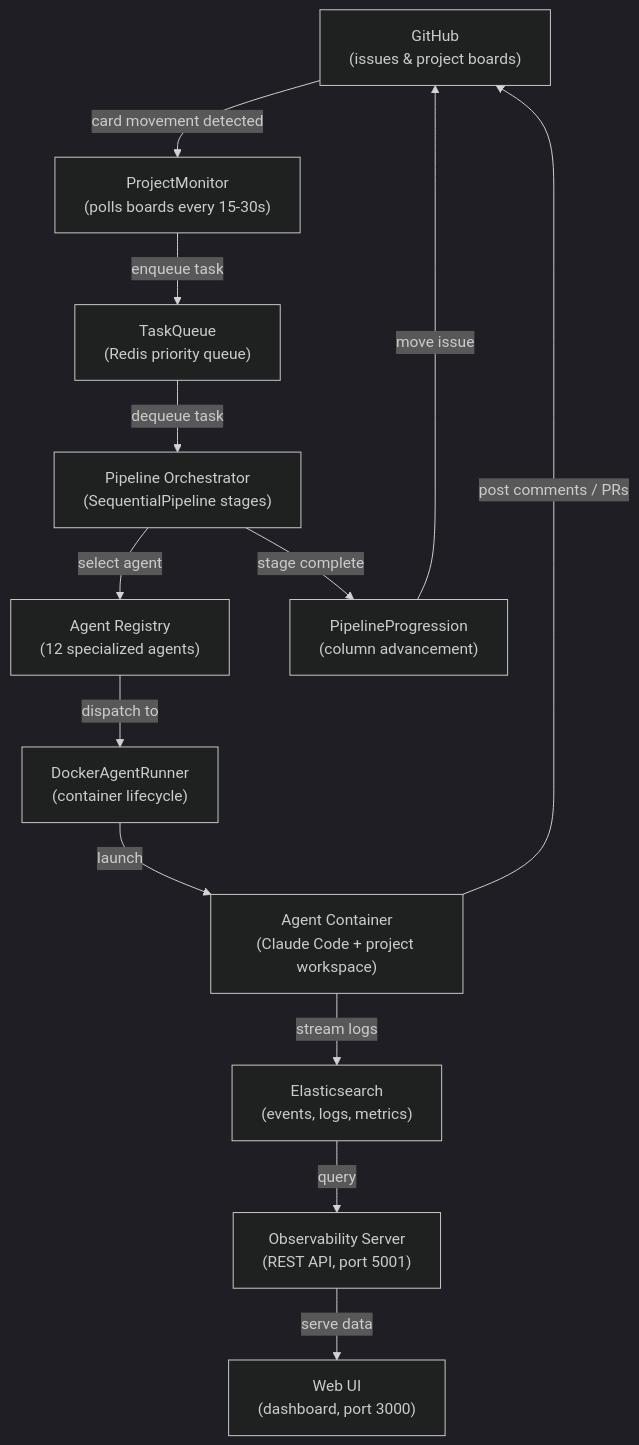
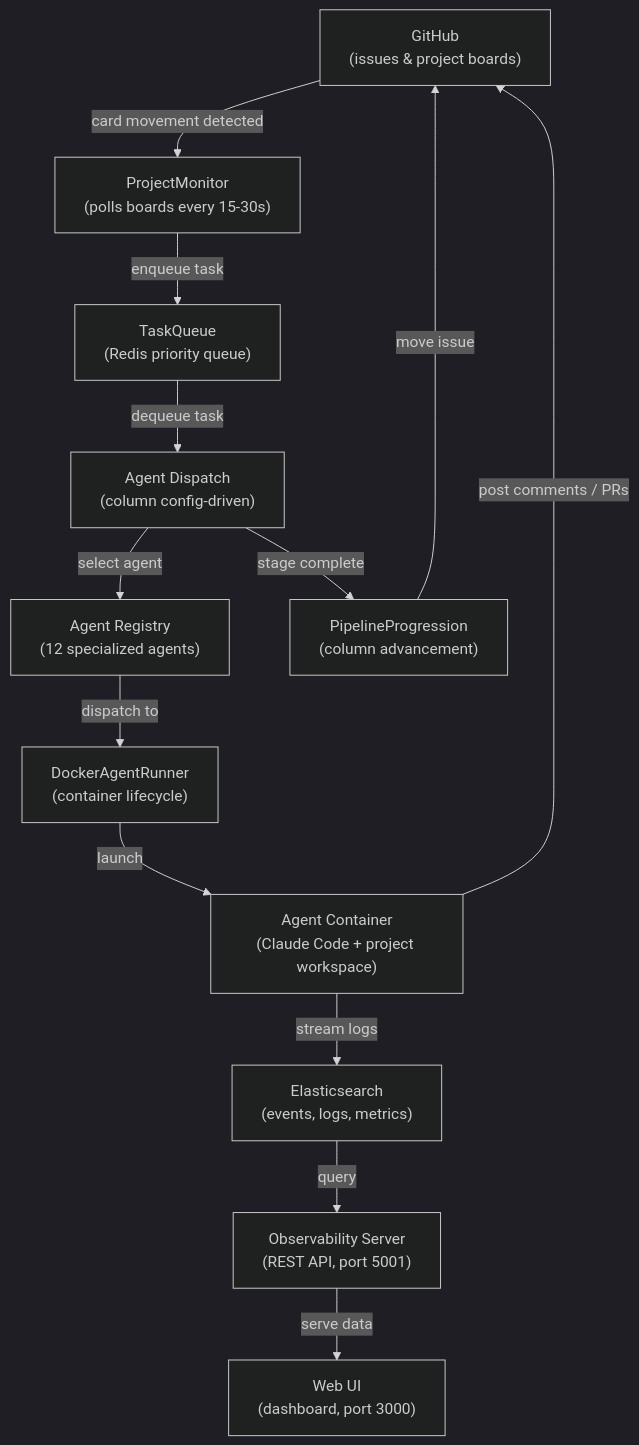
The diagram in README.md (tinkermonkey/switchyard), drawn with Mermaid (dark theme) before and after one commit. The commit also changed other lines of this file and 45 other files, not shown here.

````diff
--- a/README.md
+++ b/README.md
@@ -16,27 +16,27 @@
 ```mermaid
 flowchart TD
     GH["GitHub<br>(issues & project boards)"]
     PM["ProjectMonitor<br>(polls boards every 15-30s)"]
     TQ["TaskQueue<br>(Redis priority queue)"]
-    PO["Pipeline Orchestrator<br>(SequentialPipeline stages)"]
+    PO["Agent Dispatch<br>(column config-driven)"]
     AR["Agent Registry<br>(12 specialized agents)"]
     DR["DockerAgentRunner<br>(container lifecycle)"]
     AC["Agent Container<br>(Claude Code + project workspace)"]
     PP["PipelineProgression<br>(column advancement)"]
     ES["Elasticsearch<br>(events, logs, metrics)"]
     OB["Observability Server<br>(REST API, port 5001)"]
     UI["Web UI<br>(dashboard, port 3000)"]
 
     GH -->|"card movement detected"| PM
     PM -->|"enqueue task"| TQ
     TQ -->|"dequeue task"| PO
     PO -->|"select agent"| AR
     AR -->|"dispatch to"| DR
     DR -->|"launch"| AC
     AC -->|"post comments / PRs"| GH
     AC -->|"stream logs"| ES
     PO -->|"stage complete"| PP
     PP -->|"move issue"| GH
     ES -->|"query"| OB
     OB -->|"serve data"| UI
 ```
````
